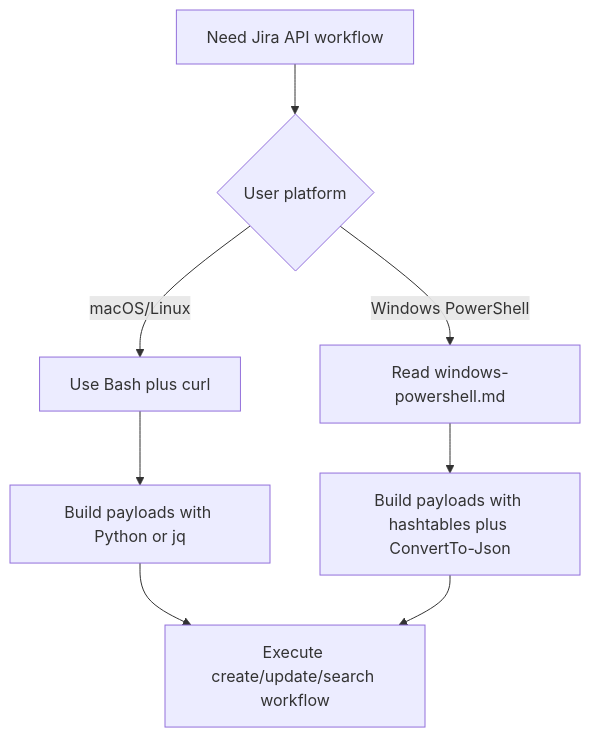
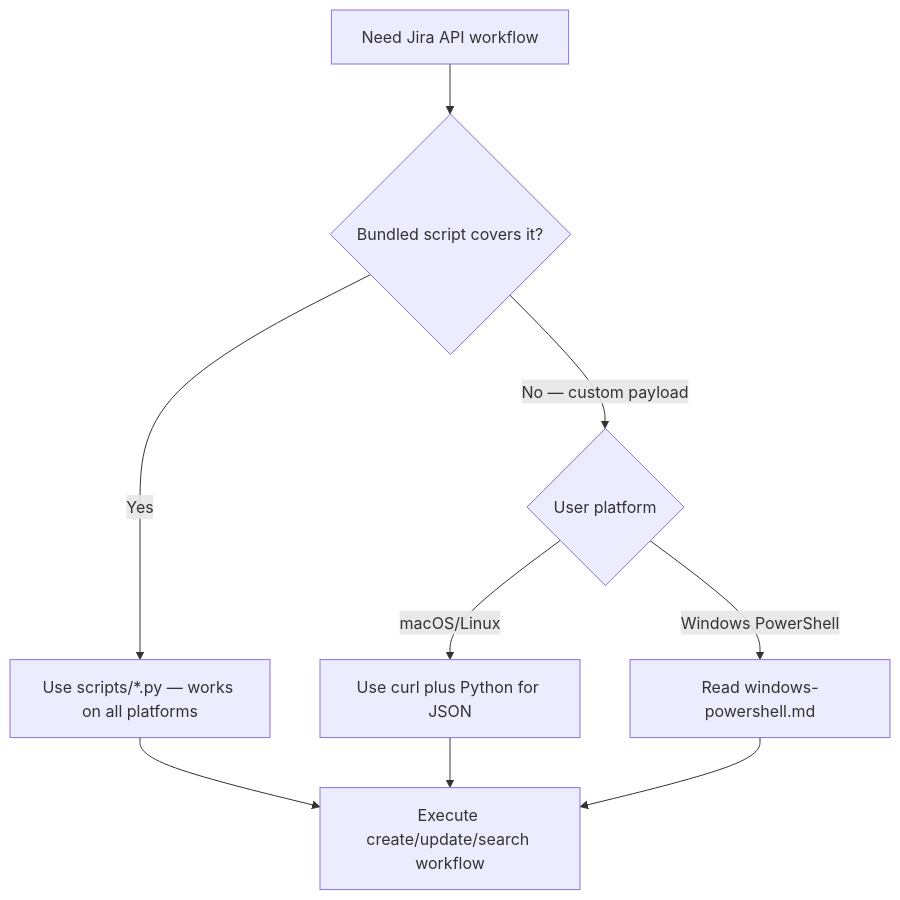
One commit to bigduu/Bamboo-agent changed the second of 2 diagrams in builtin_skills/jira-automation/references/api-workflows.md. Above: the diagram before and after it, drawn with Mermaid. The commit also changed other lines of this file and 13 other files, not shown here.

Commit message:
feat(skills): add jira automation script suite

````diff
--- a/builtin_skills/jira-automation/references/api-workflows.md
+++ b/builtin_skills/jira-automation/references/api-workflows.md
@@ -307,10 +345,11 @@
 ```mermaid
 flowchart TD
-    A[Need Jira API workflow] --> B{User platform}
-    B -->|macOS/Linux| C[Use Bash plus curl]
-    B -->|Windows PowerShell| D[Read windows-powershell.md]
-    C --> E[Build payloads with Python or jq]
-    D --> F[Build payloads with hashtables plus ConvertTo-Json]
-    E --> G[Execute create/update/search workflow]
+    A[Need Jira API workflow] --> B{Bundled script covers it?}
+    B -->|Yes| C[Use scripts/*.py — works on all platforms]
+    B -->|No — custom payload| D{User platform}
+    D -->|macOS/Linux| E[Use curl plus Python for JSON]
+    D -->|Windows PowerShell| F[Read windows-powershell.md]
+    C --> G[Execute create/update/search workflow]
+    E --> G
     F --> G
 ```
````
